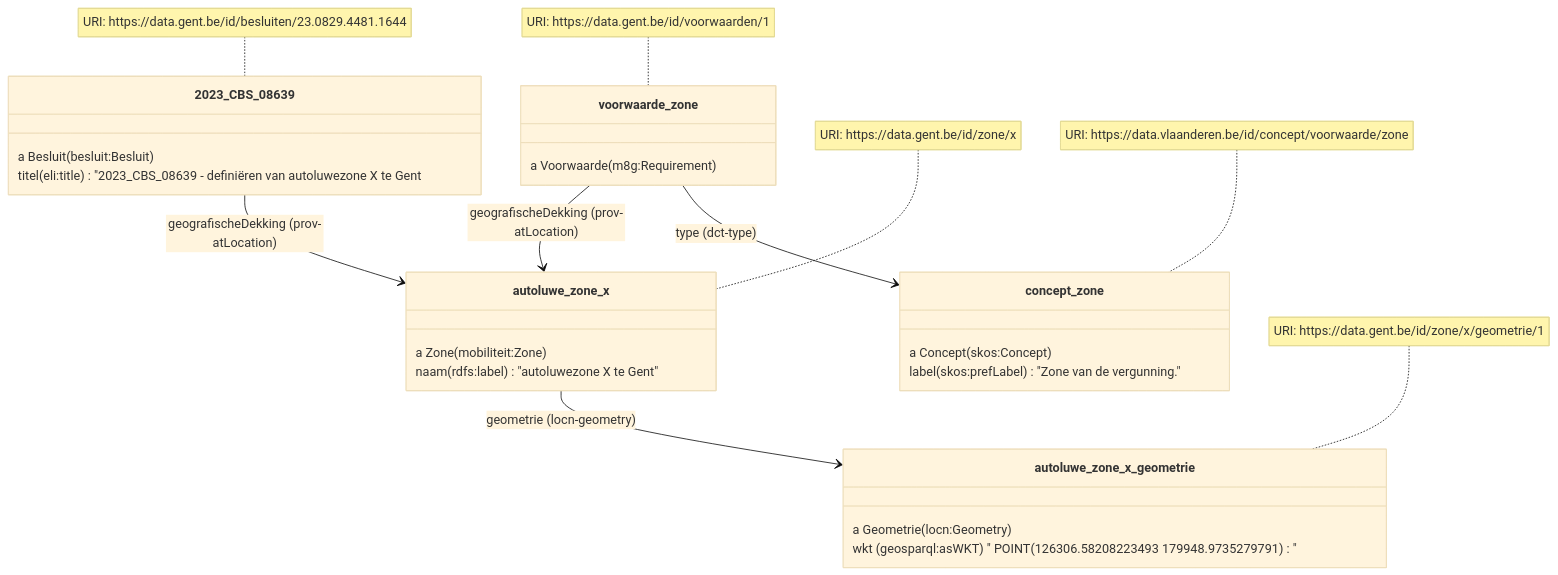
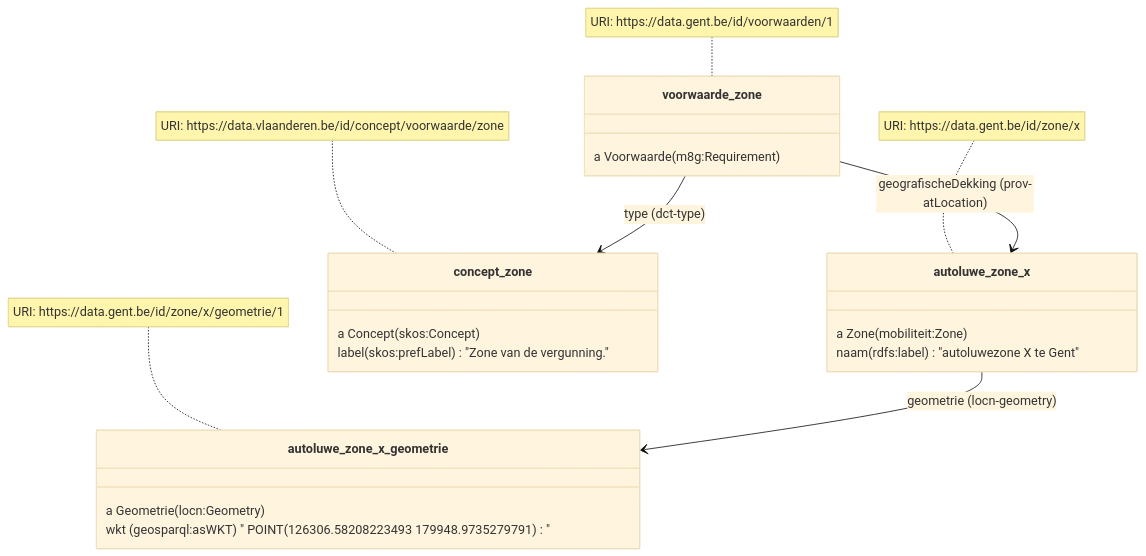
The first of 3 diagrams in README.md (lblod/implementatiemodel-citerra), drawn with Mermaid (base theme) before and after one commit. The commit also changed other lines of this file, not shown here.

Commit message:
Update intro and zone

````diff
--- a/README.md
+++ b/README.md
@@ -31,31 +36,26 @@
 ```mermaid
 classDiagram
-    2023_CBS_08639 --> autoluwe_zone_x: geografischeDekking (prov-atLocation)
     autoluwe_zone_x --> autoluwe_zone_x_geometrie: geometrie (locn-geometry)
     voorwaarde_zone --> concept_zone: type (dct-type)
     voorwaarde_zone --> autoluwe_zone_x: geografischeDekking (prov-atLocation)
-    note for 2023_CBS_08639 "URI: https://data.gent.be/id/besluiten/23.0829.4481.1644"
     note for autoluwe_zone_x "URI: https://data.gent.be/id/zone/x"
     note for autoluwe_zone_x_geometrie "URI: https://data.gent.be/id/zone/x/geometrie/1"
     note for voorwaarde_zone "URI: https://data.gent.be/id/voorwaarden/1"
     note for concept_zone "URI: https://data.vlaanderen.be/id/concept/voorwaarde/zone"
-    class 2023_CBS_08639 {
-      a Besluit (besluit:Besluit)
-      titel (eli:title) "2023_CBS_08639 - definiëren van autoluwezone X te Gent
-    }
+
     class autoluwe_zone_x {
       a Zone (mobiliteit:Zone)
       naam (rdfs:label) "autoluwezone X te Gent"
     }
     class autoluwe_zone_x_geometrie {
       a Geometrie (locn:Geometry)
       wkt (geosparql:asWKT) "<http://www.opengis.net/def/crs/EPSG/0/31370> POINT(126306.58208223493 179948.9735279791)"
     }
     class voorwaarde_zone {
       a Voorwaarde (m8g:Requirement)
     }
     class concept_zone {
       a Concept (skos:Concept)
       label (skos:prefLabel) "Zone van de vergunning."
     }
 ```
````
